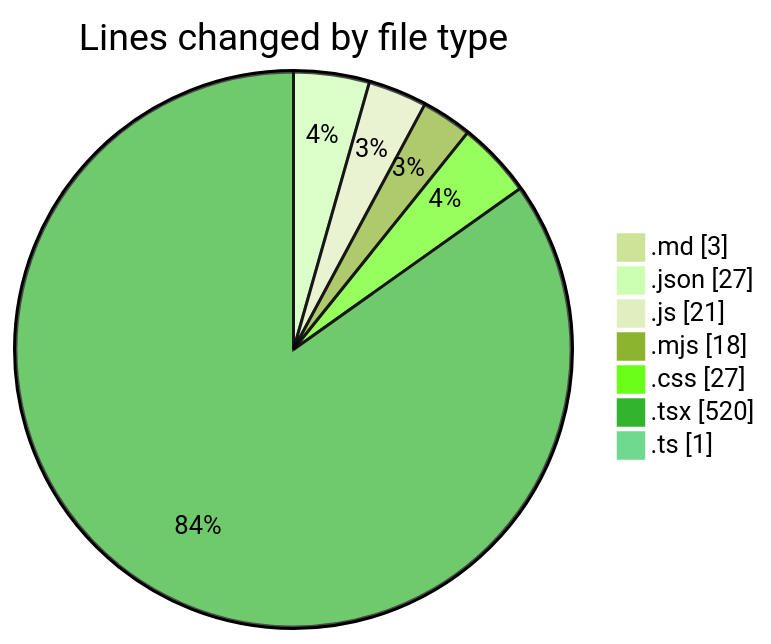
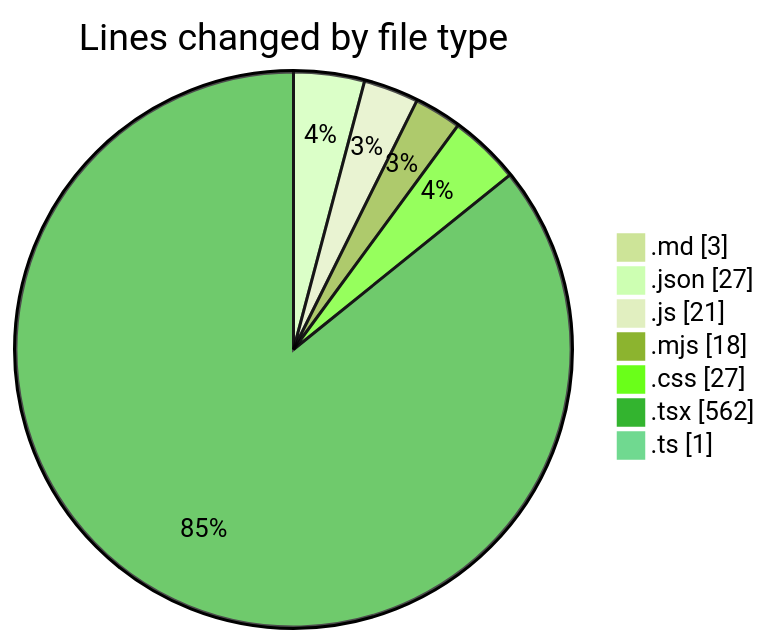
One commit to Ritupan-Deka/code-tracking changed the first of 2 diagrams in 2025-06-18/scopesketch-app/README.md. Above: the diagram before and after it, drawn with Mermaid (forest theme). The commit also changed other lines of this file and 1 other file, not shown here.

````diff
--- a/2025-06-18/scopesketch-app/README.md
+++ b/2025-06-18/scopesketch-app/README.md
@@ -27,11 +27,11 @@
 ```mermaid
 pie showData
 title Lines changed by file type
 ".md" : 3
 ".json" : 27
 ".js" : 21
 ".mjs" : 18
 ".css" : 27
-".tsx" : 520
+".tsx" : 562
 ".ts" : 1
 ```
````
